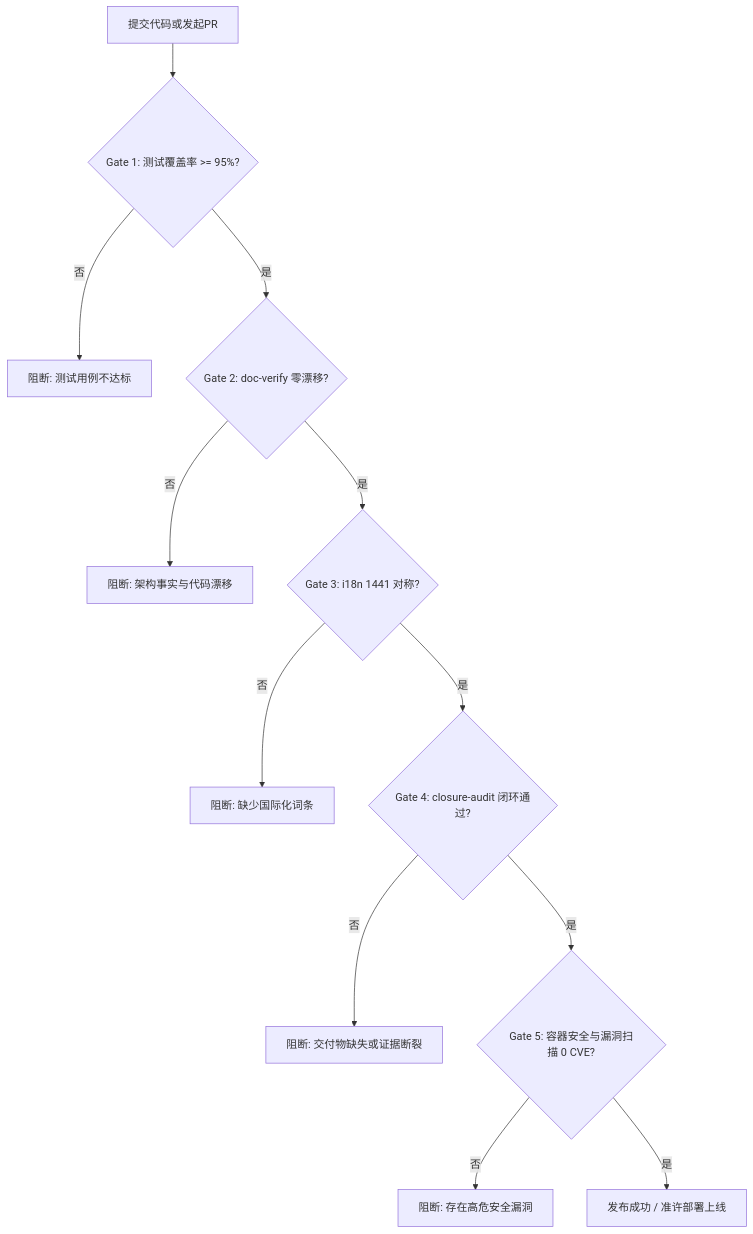
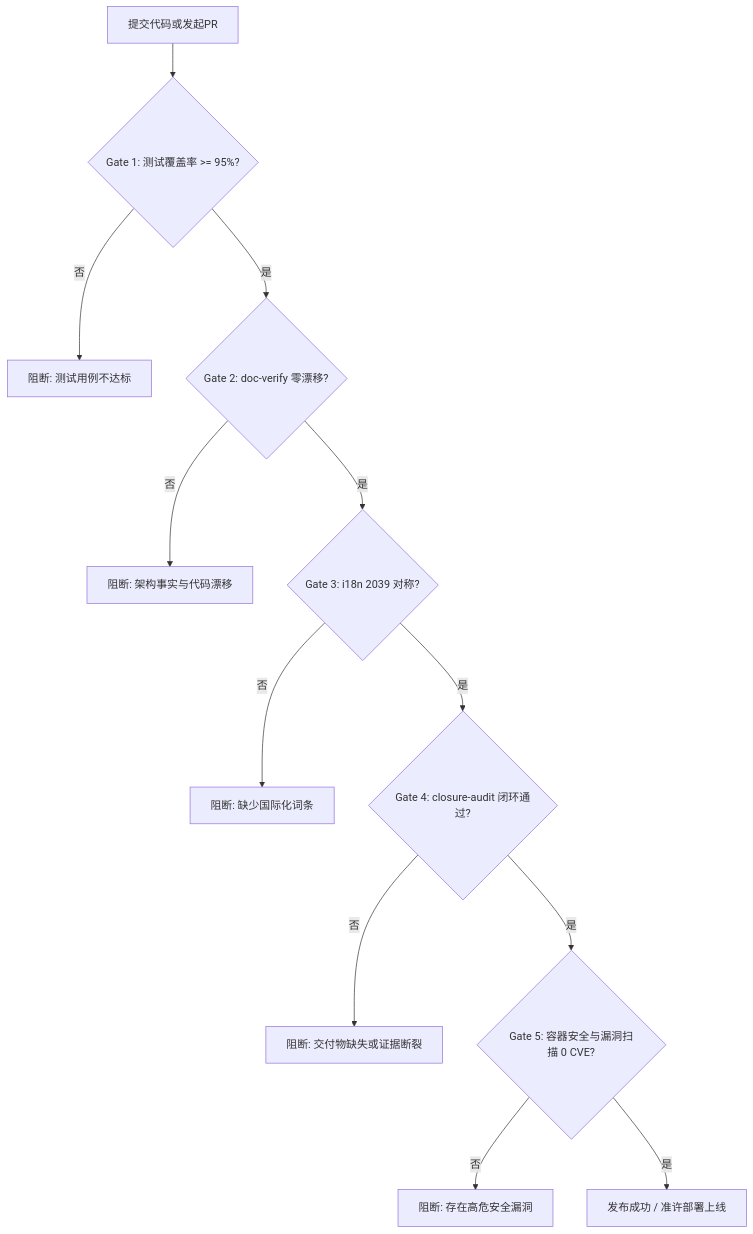
Before and after one commit to Li3379/oaiss-chain: the diagram in docs/质量保证/质量保证与验收规范.md, drawn with Mermaid. The commit also changed other lines of this file and 36 other files, not shown here.

````diff
--- a/docs/质量保证/质量保证与验收规范.md
+++ b/docs/质量保证/质量保证与验收规范.md
@@ -241,14 +241,14 @@
 ```mermaid
 graph TD
     A[提交代码或发起PR] --> B{Gate 1: 测试覆盖率 >= 95%?}
     B -- 否 --> X1[阻断: 测试用例不达标]
     B -- 是 --> C{Gate 2: doc-verify 零漂移?}
     C -- 否 --> X2[阻断: 架构事实与代码漂移]
-    C -- 是 --> D{Gate 3: i18n 1441 对称?}
+    C -- 是 --> D{Gate 3: i18n 2039 对称?}
     D -- 否 --> X3[阻断: 缺少国际化词条]
     D -- 是 --> E{Gate 4: closure-audit 闭环通过?}
     E -- 否 --> X4[阻断: 交付物缺失或证据断裂]
     E -- 是 --> F{Gate 5: 容器安全与漏洞扫描 0 CVE?}
     F -- 否 --> X5[阻断: 存在高危安全漏洞]
     F -- 是 --> G[发布成功 / 准许部署上线]
 ```
````
